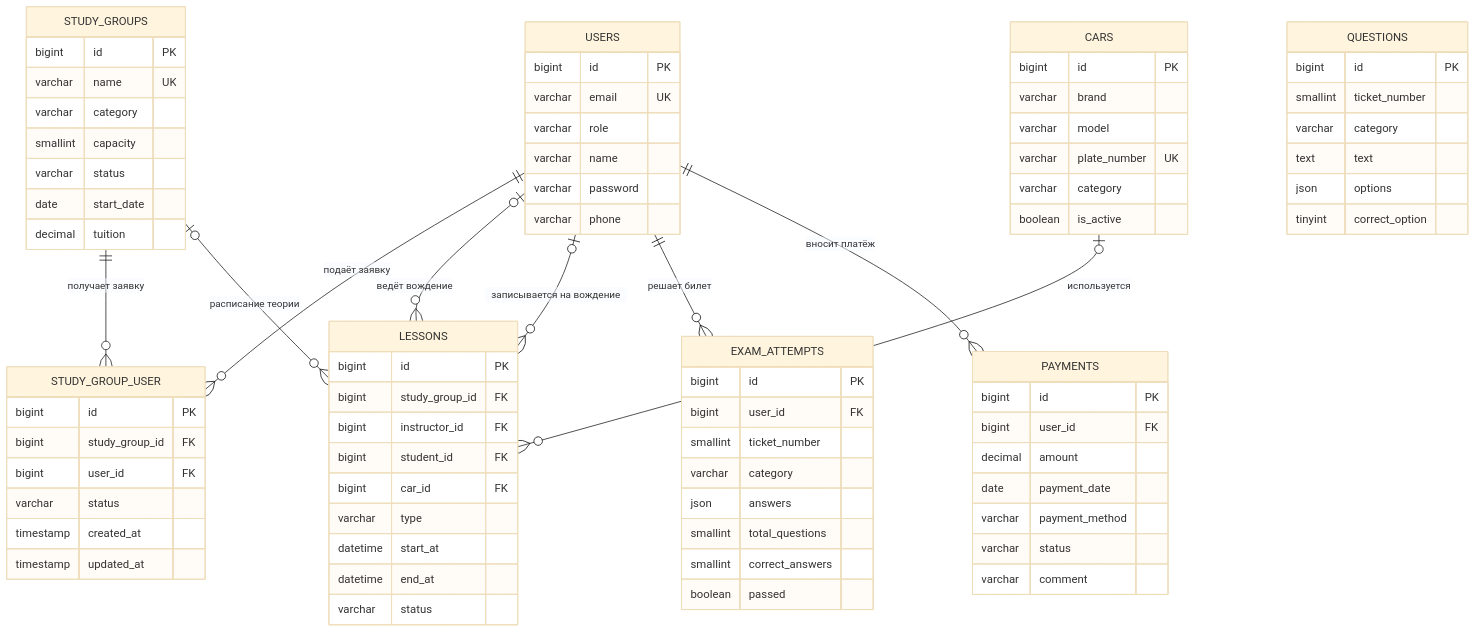
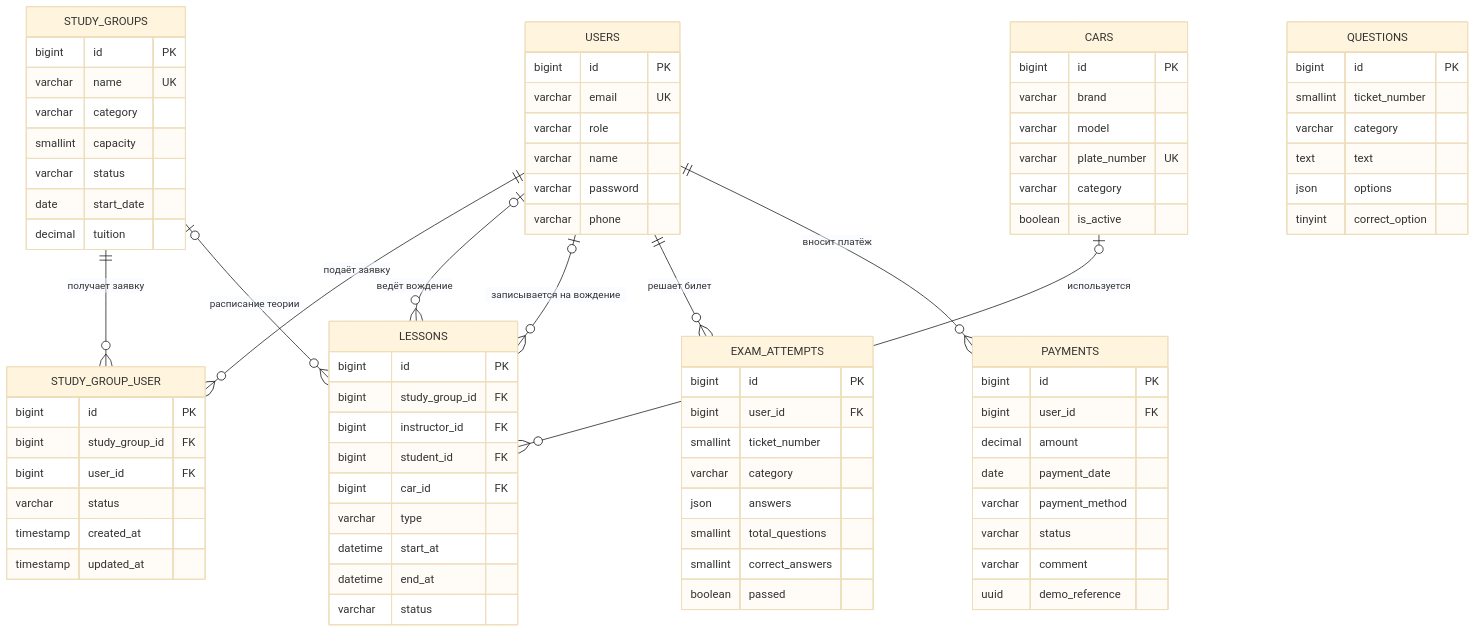
The diagram in docs/database.md (Im-Duxless/AutoStart), drawn with Mermaid (base theme) before and after one commit. The commit also changed other lines of this file and 24 other files, not shown here.

````diff
--- a/docs/database.md
+++ b/docs/database.md
@@ -99,5 +99,6 @@
         varchar payment_method
         varchar status
         varchar comment
+        uuid demo_reference
     }
 ```
````
